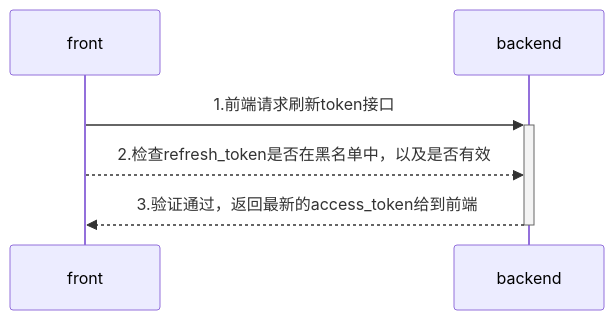
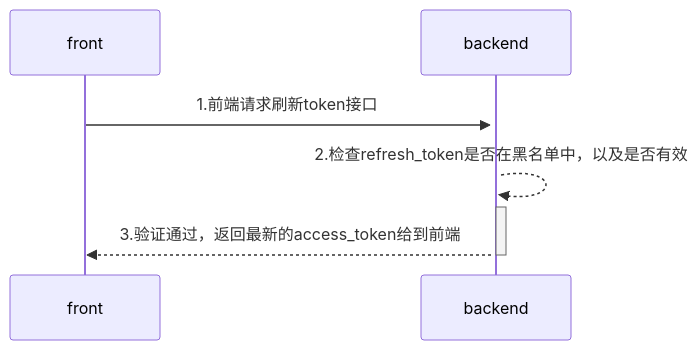
One commit to yingjianzh/iodraw-files changed the diagram in all/未命名-4.md. Above: the diagram before and after it, drawn with Mermaid.

Commit message:
2024-08-02 17:57:12 update

````diff
--- a/all/未命名-4.md
+++ b/all/未命名-4.md
@@ -1,6 +1,6 @@
 ```mermaid
 sequenceDiagram
     front->>+backend: 1.前端请求刷新token接口
-    front-->>backend: 2.检查refresh_token是否在黑名单中，以及是否有效
+    backend-->>+backend: 2.检查refresh_token是否在黑名单中，以及是否有效
     backend-->>-front: 3.验证通过，返回最新的access_token给到前端
 ```
````
